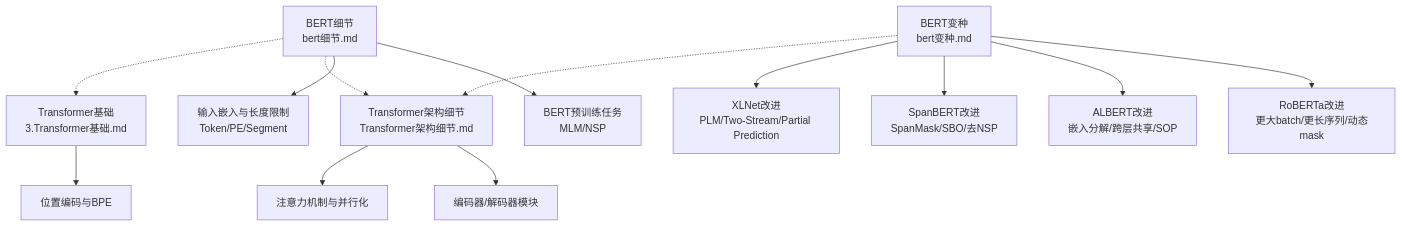
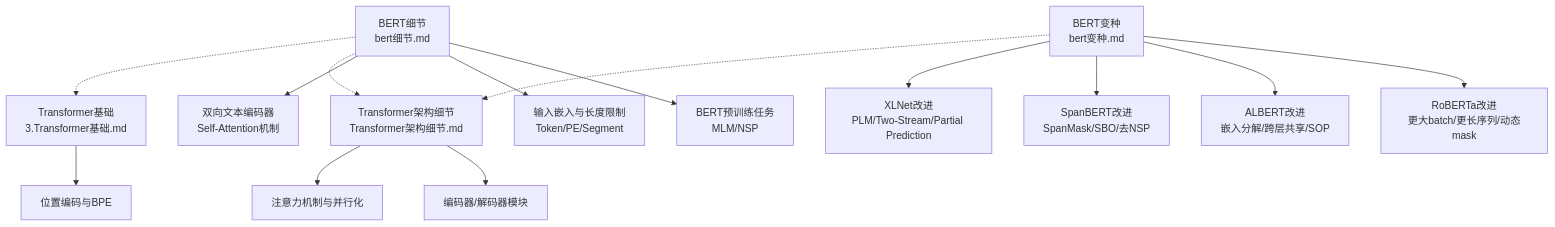
The first of 10 diagrams in .qoder/repowiki/zh/content/大语言模型架构/BERT架构详解.md (Mr-Yoje/llm_interview_note), drawn with Mermaid before and after one commit. The commit also changed other lines of this file and 4 other files, not shown here.

First line of the commit message:
docs(architecture): 更新大语言模型架构与BERT详解

````diff
--- a/.qoder/repowiki/zh/content/大语言模型架构/BERT架构详解.md
+++ b/.qoder/repowiki/zh/content/大语言模型架构/BERT架构详解.md
@@ -33,15 +42,16 @@
 ```mermaid
 graph TB
 A["BERT细节<br/>bert细节.md"] --> C["BERT预训练任务<br/>MLM/NSP"]
 A --> D["输入嵌入与长度限制<br/>Token/PE/Segment"]
-B["BERT变种<br/>bert变种.md"] --> E["RoBERTa改进<br/>更大batch/更长序列/动态mask"]
-B --> F["ALBERT改进<br/>嵌入分解/跨层共享/SOP"]
-B --> G["SpanBERT改进<br/>SpanMask/SBO/去NSP"]
-B --> H["XLNet改进<br/>PLM/Two-Stream/Partial Prediction"]
-I["Transformer架构细节<br/>Transformer架构细节.md"] --> J["编码器/解码器模块"]
-I --> K["注意力机制与并行化"]
-L["Transformer基础<br/>3.Transformer基础.md"] --> M["位置编码与BPE"]
-A -.-> I
-B -.-> I
-A -.-> L
+A --> E["双向文本编码器<br/>Self-Attention机制"]
+B["BERT变种<br/>bert变种.md"] --> F["RoBERTa改进<br/>更大batch/更长序列/动态mask"]
+B --> G["ALBERT改进<br/>嵌入分解/跨层共享/SOP"]
+B --> H["SpanBERT改进<br/>SpanMask/SBO/去NSP"]
+B --> I["XLNet改进<br/>PLM/Two-Stream/Partial Prediction"]
+J["Transformer架构细节<br/>Transformer架构细节.md"] --> K["编码器/解码器模块"]
+J --> L["注意力机制与并行化"]
+M["Transformer基础<br/>3.Transformer基础.md"] --> N["位置编码与BPE"]
+A -.-> J
+B -.-> J
+A -.-> M
 ```
````
